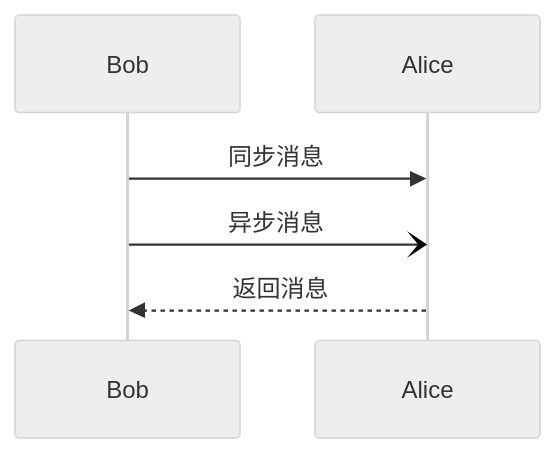
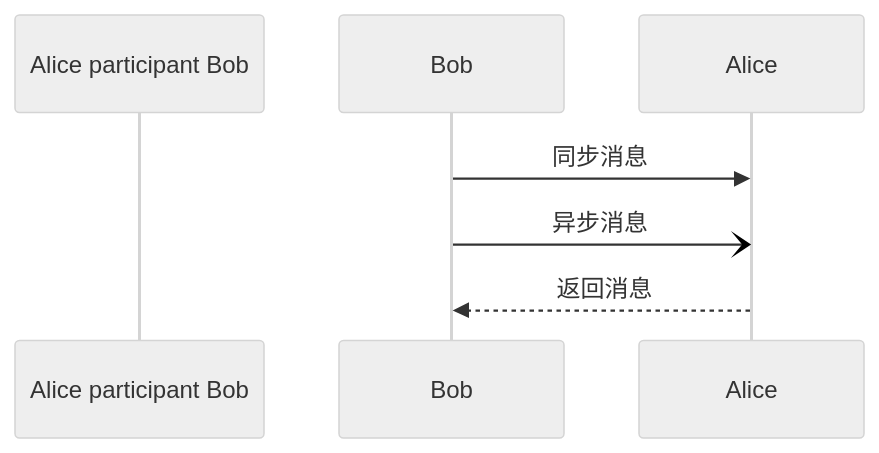
The diagram in obsidian-config/template/uml-sequence.md (hnzhrh/obsidian-note), drawn with Mermaid (neutral theme) before and after one commit. The commit also changed 41 other files, not shown here.

````diff
--- a/obsidian-config/template/uml-sequence.md
+++ b/obsidian-config/template/uml-sequence.md
@@ -1,9 +1,10 @@
 ```mermaid
+
 sequenceDiagram
-
+participant Alice participant Bob
 
 Bob ->> Alice: 同步消息
 Bob -) Alice: 异步消息
 Alice -->> Bob: 返回消息
 
 ```
````
